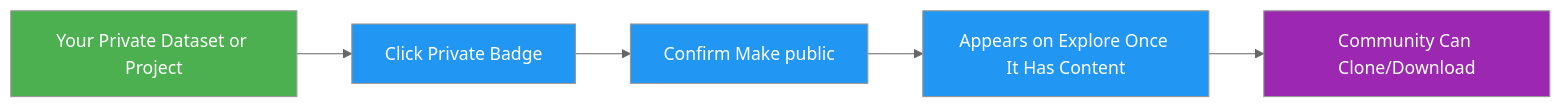
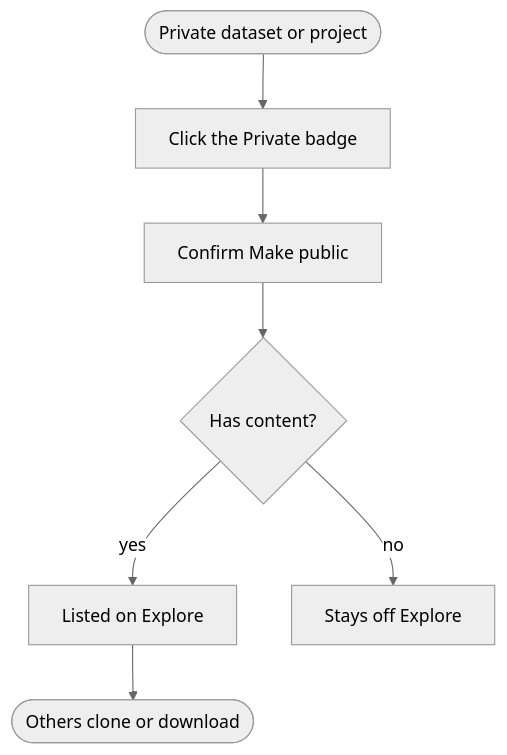
The third of 3 diagrams in docs/en/platform/explore.md (ultralytics/ultralytics), drawn with Mermaid (neutral theme) before and after one commit. The commit also changed other lines of this file and 20 other files, not shown here.

First line of the commit message:
Migrate docs Mermaid diagrams to the unified design system

````diff
--- a/docs/en/platform/explore.md
+++ b/docs/en/platform/explore.md
@@ -286,11 +267,9 @@
 ```mermaid
-graph LR
-    A[Your Private Dataset or Project]:::start --> B[Click Private Badge]:::proc
-    B --> C[Confirm Make public]:::proc
-    C --> D[Appears on Explore Once It Has Content]:::proc
-    D --> E[Community Can Clone/Download]:::out
-
-    classDef start fill:#4CAF50,color:#fff
-    classDef proc fill:#2196F3,color:#fff
-    classDef out fill:#9C27B0,color:#fff
+flowchart TD
+    A([Private dataset or project]) --> B[Click the Private badge]
+    B --> C[Confirm Make public]
+    C --> D{Has content?}
+    D -->|yes| E[Listed on Explore]
+    D -->|no| F[Stays off Explore]
+    E --> G([Others clone or download])
 ```
````
